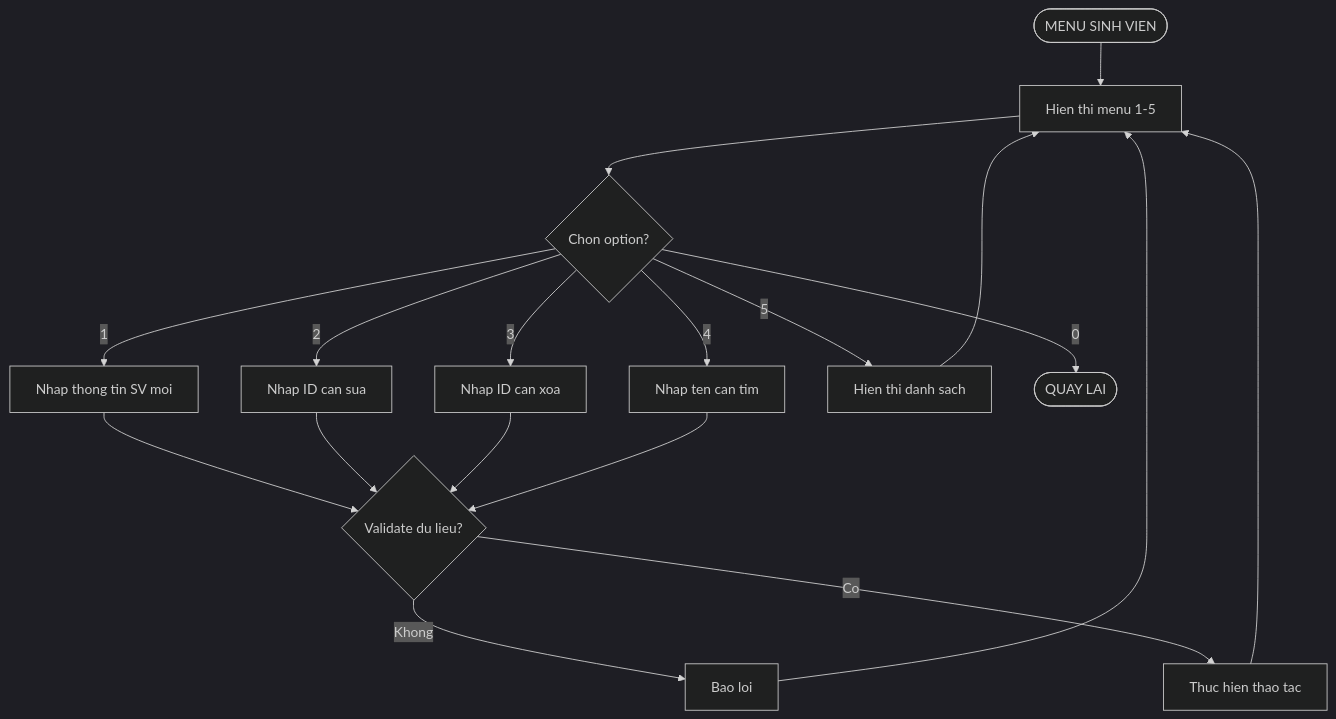
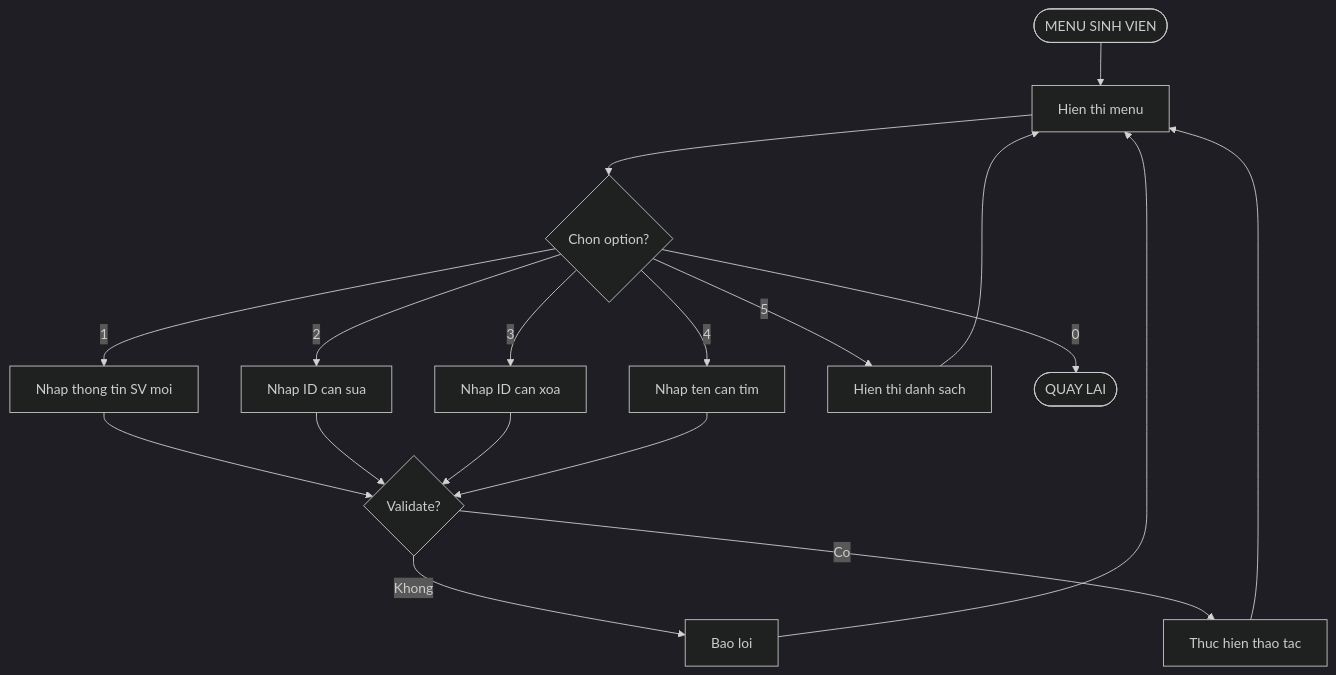
Before and after one commit to phucphuc2006/pro-192: the tenth of 20 diagrams in docs/Flowcharts/Flowcharts.md, drawn with Mermaid (dark theme). The commit also changed other lines of this file, not shown here.

Commit message:
Fix Mermaid: add quotes to all labels for GitHub compatibility

````diff
--- a/docs/Flowcharts/Flowcharts.md
+++ b/docs/Flowcharts/Flowcharts.md
@@ -177,20 +156,20 @@
 ```mermaid
 flowchart TD
-    A([MENU SINH VIEN]) --> B[Hien thi menu 1-5]
-    B --> C{Chon option?}
-    C -->|1| D[Nhap thong tin SV moi]
-    C -->|2| E[Nhap ID can sua]
-    C -->|3| F[Nhap ID can xoa]
-    C -->|4| G[Nhap ten can tim]
-    C -->|5| H[Hien thi danh sach]
-    C -->|0| I([QUAY LAI])
-    D --> J{Validate du lieu?}
+    A(["MENU SINH VIEN"]) --> B["Hien thi menu"]
+    B --> C{"Chon option?"}
+    C -->|1| D["Nhap thong tin SV moi"]
+    C -->|2| E["Nhap ID can sua"]
+    C -->|3| F["Nhap ID can xoa"]
+    C -->|4| G["Nhap ten can tim"]
+    C -->|5| H["Hien thi danh sach"]
+    C -->|0| I(["QUAY LAI"])
+    D --> J{"Validate?"}
     E --> J
     F --> J
     G --> J
     H --> B
-    J -->|Khong| K[Bao loi]
+    J -->|Khong| K["Bao loi"]
     K --> B
-    J -->|Co| L[Thuc hien thao tac]
+    J -->|Co| L["Thuc hien thao tac"]
     L --> B
 ```
````
